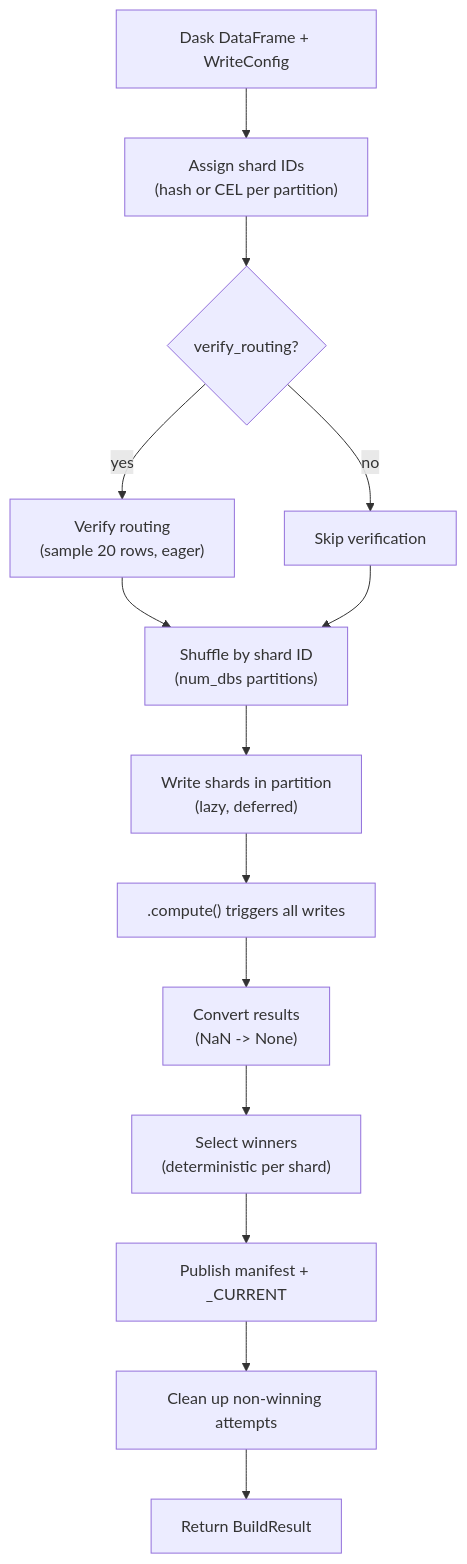
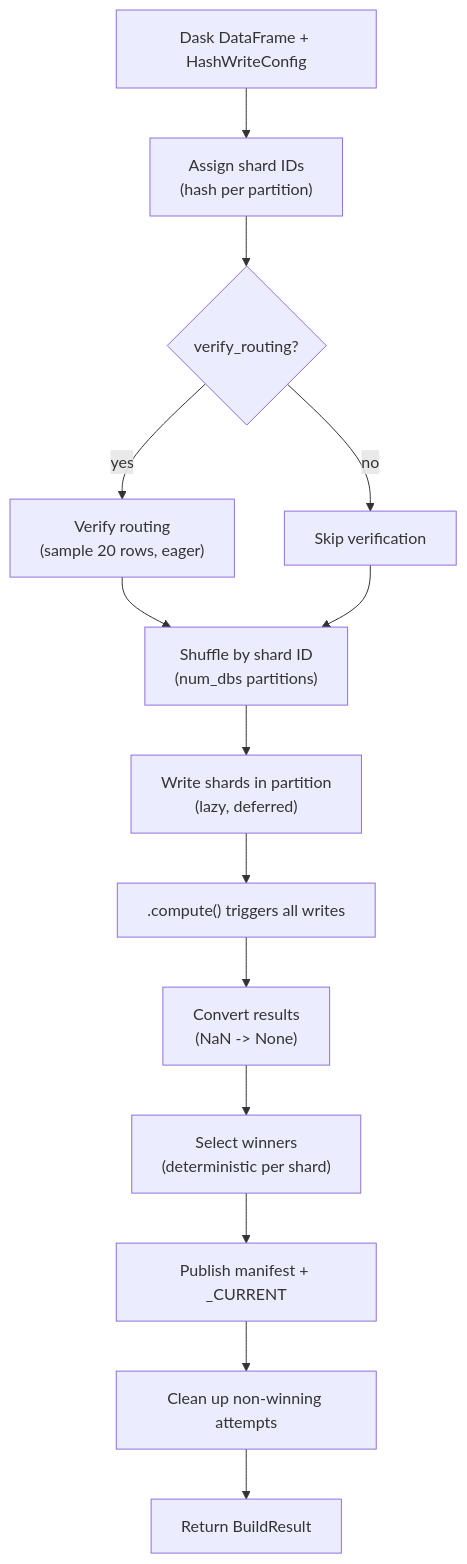
Before and after one commit to elkin/shardyfusion: the diagram in docs/use-cases/kv-storage/build/dask.md, drawn with Mermaid. The commit also changed other lines of this file and 9 other files, not shown here.

````diff
--- a/docs/use-cases/kv-storage/build/dask.md
+++ b/docs/use-cases/kv-storage/build/dask.md
@@ -67,16 +67,16 @@
 ```mermaid
 flowchart TD
-    A[Dask DataFrame + WriteConfig] --> B["Assign shard IDs<br/>(hash or CEL per partition)"]
+    A[Dask DataFrame + HashWriteConfig] --> B["Assign shard IDs<br/>(hash per partition)"]
     B --> C{"verify_routing?"}
     C -->|yes| D["Verify routing<br/>(sample 20 rows, eager)"]
     C -->|no| E[Skip verification]
     D --> F["Shuffle by shard ID<br/>(num_dbs partitions)"]
     E --> F
     F --> G["Write shards in partition<br/>(lazy, deferred)"]
     G --> H[".compute() triggers all writes"]
     H --> I["Convert results<br/>(NaN -> None)"]
     I --> J["Select winners<br/>(deterministic per shard)"]
     J --> K["Publish manifest + _CURRENT"]
     K --> L["Clean up non-winning attempts"]
     L --> M[Return BuildResult]
 ```
````
